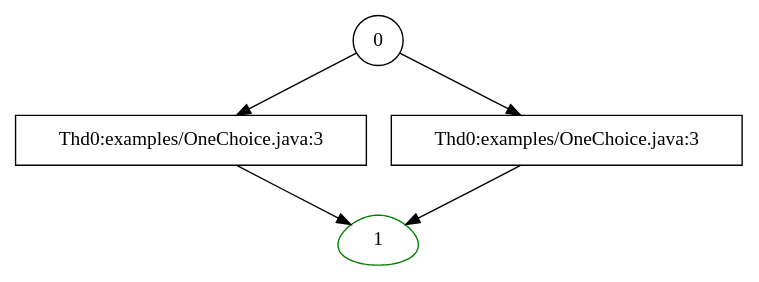
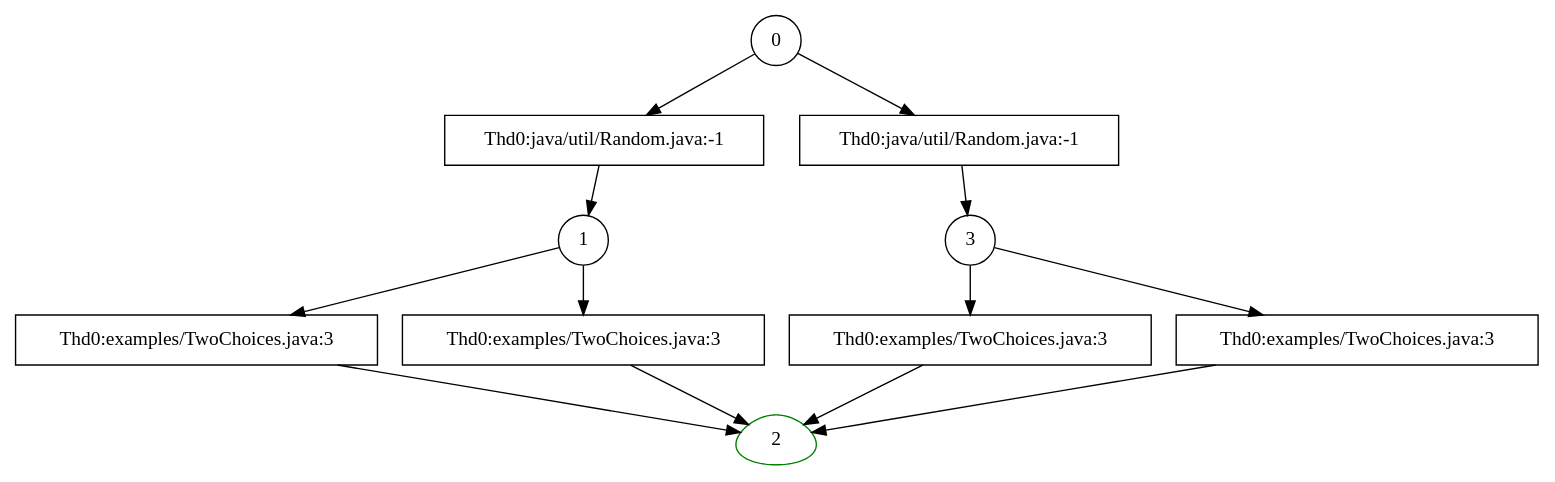
One commit to azkevin/JPF-3D-State-Space changed the diagram in jpf-3d-state-space/jpf-state-space.dot. Above: the diagram before and after it, drawn with Graphviz. The commit also changed 6 other files, not shown here.

```diff
--- a/jpf-3d-state-space/jpf-state-space.dot
+++ b/jpf-3d-state-space/jpf-state-space.dot
@@ -1,14 +1,32 @@
 digraph jpf_state_space {
 /* searchAdvanced(0, Thd0:java/util/Random.java:-1, true) */
-/* searchAdvanced(1, Thd0:examples/OneChoice.java:3, false) */
+/* searchAdvanced(1, Thd0:java/util/Random.java:-1, true) */
   st0 -> tr0;
-  tr0 [label="Thd0:examples/OneChoice.java:3",shape=box]
+  tr0 [label="Thd0:java/util/Random.java:-1",shape=box]
   tr0 -> st1;  st0 [label="0",shape=circle,color=black];
-  st1 [label="1",shape=egg,color=green];
+/* searchAdvanced(2, Thd0:examples/TwoChoices.java:3, false) */
+  st1 -> tr1;
+  tr1 [label="Thd0:examples/TwoChoices.java:3",shape=box]
+  tr1 -> st2;  st1 [label="1",shape=circle,color=black];
+  st2 [label="2",shape=egg,color=green];
 /* searchBacktracked(gov.nasa.jpf.listener.StateSpaceDot$StateInformation@1786dec2) */
-/* searchAdvanced(1, Thd0:examples/OneChoice.java:3, false) */
-  st0 -> tr1;
-  tr1 [label="Thd0:examples/OneChoice.java:3",shape=box]
-  tr1 -> st1;/* searchBacktracked(gov.nasa.jpf.listener.StateSpaceDot$StateInformation@1786dec2) */
+/* searchAdvanced(2, Thd0:examples/TwoChoices.java:3, false) */
+  st1 -> tr2;
+  tr2 [label="Thd0:examples/TwoChoices.java:3",shape=box]
+  tr2 -> st2;/* searchBacktracked(gov.nasa.jpf.listener.StateSpaceDot$StateInformation@1786dec2) */
+/* searchBacktracked(gov.nasa.jpf.listener.StateSpaceDot$StateInformation@1786dec2) */
+/* searchAdvanced(3, Thd0:java/util/Random.java:-1, true) */
+  st0 -> tr3;
+  tr3 [label="Thd0:java/util/Random.java:-1",shape=box]
+  tr3 -> st3;/* searchAdvanced(2, Thd0:examples/TwoChoices.java:3, false) */
+  st3 -> tr4;
+  tr4 [label="Thd0:examples/TwoChoices.java:3",shape=box]
+  tr4 -> st2;  st3 [label="3",shape=circle,color=black];
+/* searchBacktracked(gov.nasa.jpf.listener.StateSpaceDot$StateInformation@1786dec2) */
+/* searchAdvanced(2, Thd0:examples/TwoChoices.java:3, false) */
+  st3 -> tr5;
+  tr5 [label="Thd0:examples/TwoChoices.java:3",shape=box]
+  tr5 -> st2;/* searchBacktracked(gov.nasa.jpf.listener.StateSpaceDot$StateInformation@1786dec2) */
+/* searchBacktracked(gov.nasa.jpf.listener.StateSpaceDot$StateInformation@1786dec2) */
 /* searchBacktracked(gov.nasa.jpf.listener.StateSpaceDot$StateInformation@1786dec2) */
 }
```
